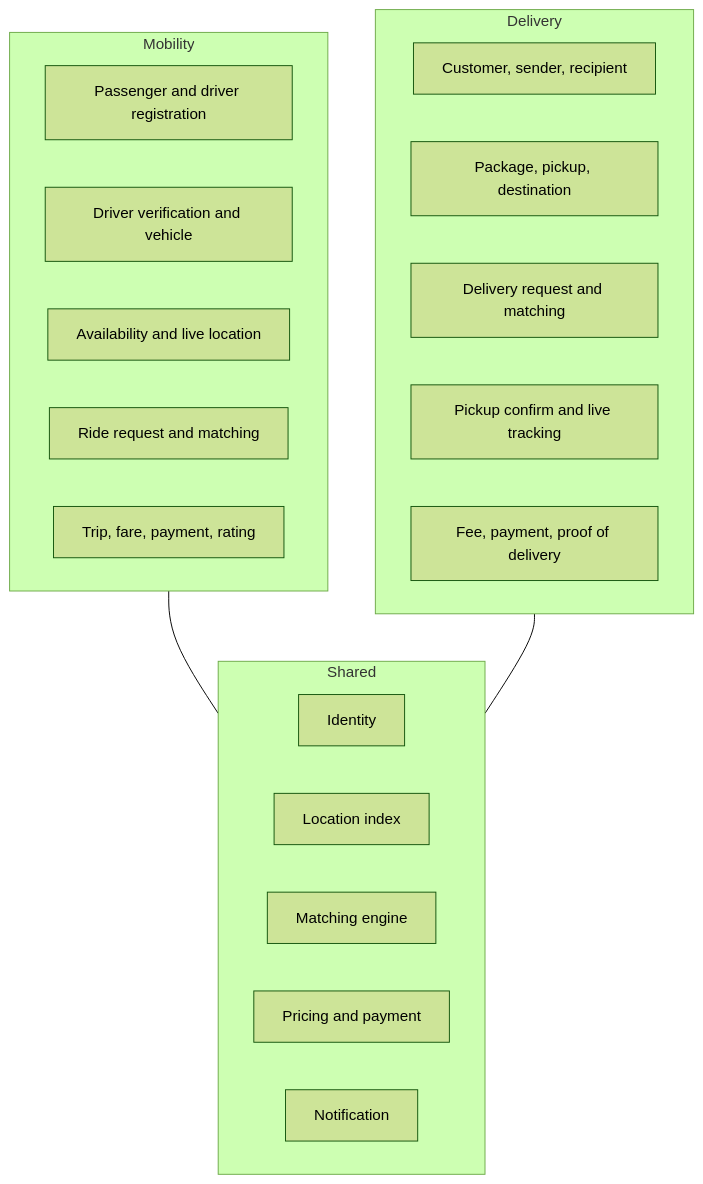
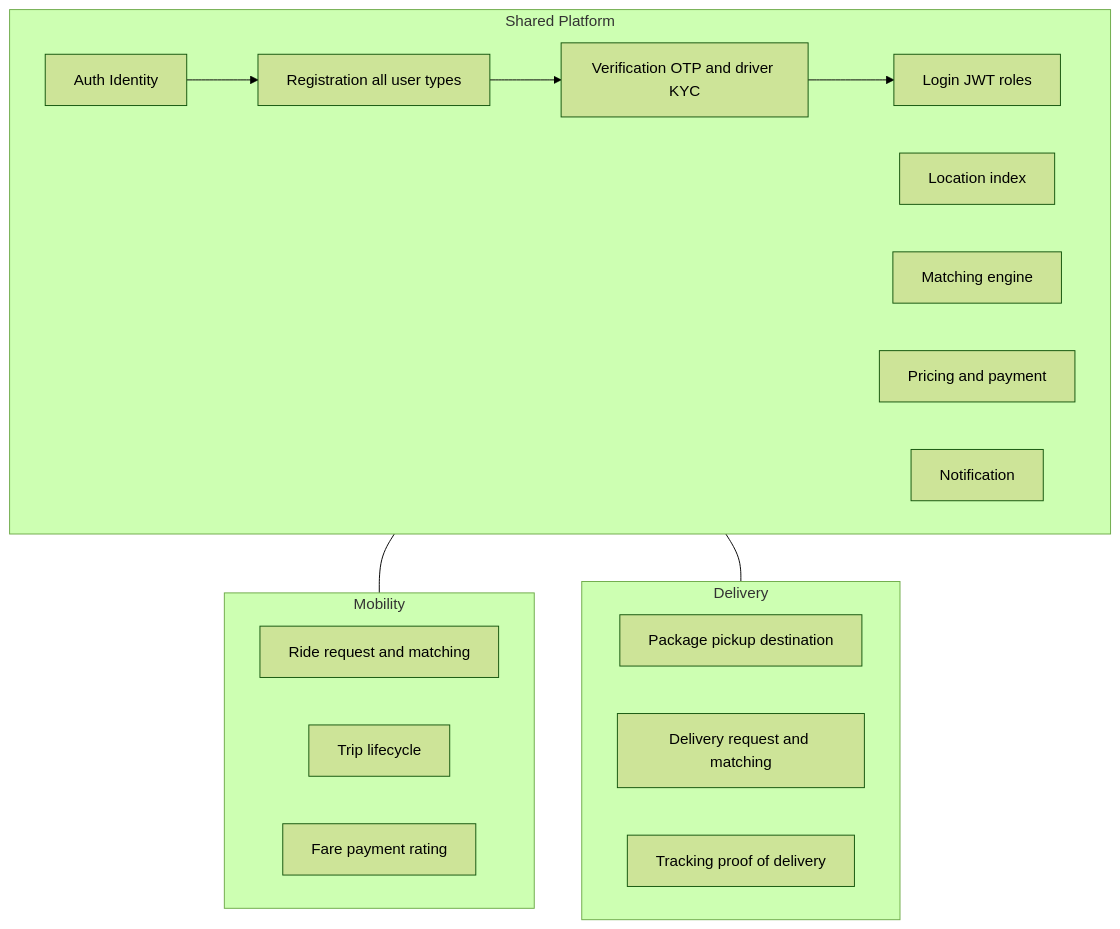
The fourth of 16 diagrams in case-studies/mobility-delivery-platform/README.md (mostafiz57/Software-Architecture-Playbook), drawn with Mermaid (forest theme) before and after one commit. The commit also changed other lines of this file, not shown here.

Commit message:
added auth platfrom

````diff
--- a/case-studies/mobility-delivery-platform/README.md
+++ b/case-studies/mobility-delivery-platform/README.md
@@ -195,29 +216,31 @@
 ```mermaid
 flowchart TB
+  subgraph SharedMVP["Shared Platform"]
+    S0["Auth Identity"]
+    S1["Registration all user types"]
+    S2["Verification OTP and driver KYC"]
+    S3["Login JWT roles"]
+    S4["Location index"]
+    S5["Matching engine"]
+    S6["Pricing and payment"]
+    S7["Notification"]
+  end
+
   subgraph MobilityMVP["Mobility"]
-    M1["Passenger and driver registration"]
-    M2["Driver verification and vehicle"]
-    M3["Availability and live location"]
-    M4["Ride request and matching"]
-    M5["Trip, fare, payment, rating"]
+    M1["Ride request and matching"]
+    M2["Trip lifecycle"]
+    M3["Fare payment rating"]
   end
 
   subgraph DeliveryMVP["Delivery"]
-    D1["Customer, sender, recipient"]
-    D2["Package, pickup, destination"]
-    D3["Delivery request and matching"]
-    D4["Pickup confirm and live tracking"]
-    D5["Fee, payment, proof of delivery"]
+    D1["Package pickup destination"]
+    D2["Delivery request and matching"]
+    D3["Tracking proof of delivery"]
   end
 
-  subgraph SharedMVP["Shared"]
-    S1["Identity"]
-    S2["Location index"]
-    S3["Matching engine"]
-    S4["Pricing and payment"]
-    S5["Notification"]
-  end
-
-  MobilityMVP --- SharedMVP
-  DeliveryMVP --- SharedMVP
+  S0 --> S1
+  S1 --> S2
+  S2 --> S3
+  SharedMVP --- MobilityMVP
+  SharedMVP --- DeliveryMVP
 ```
````
